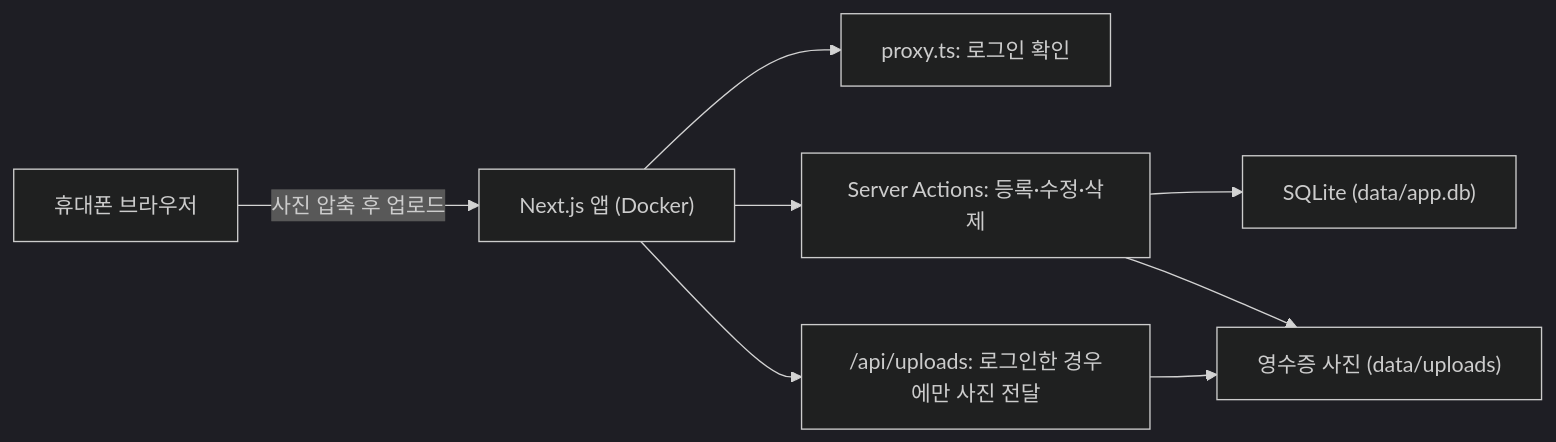
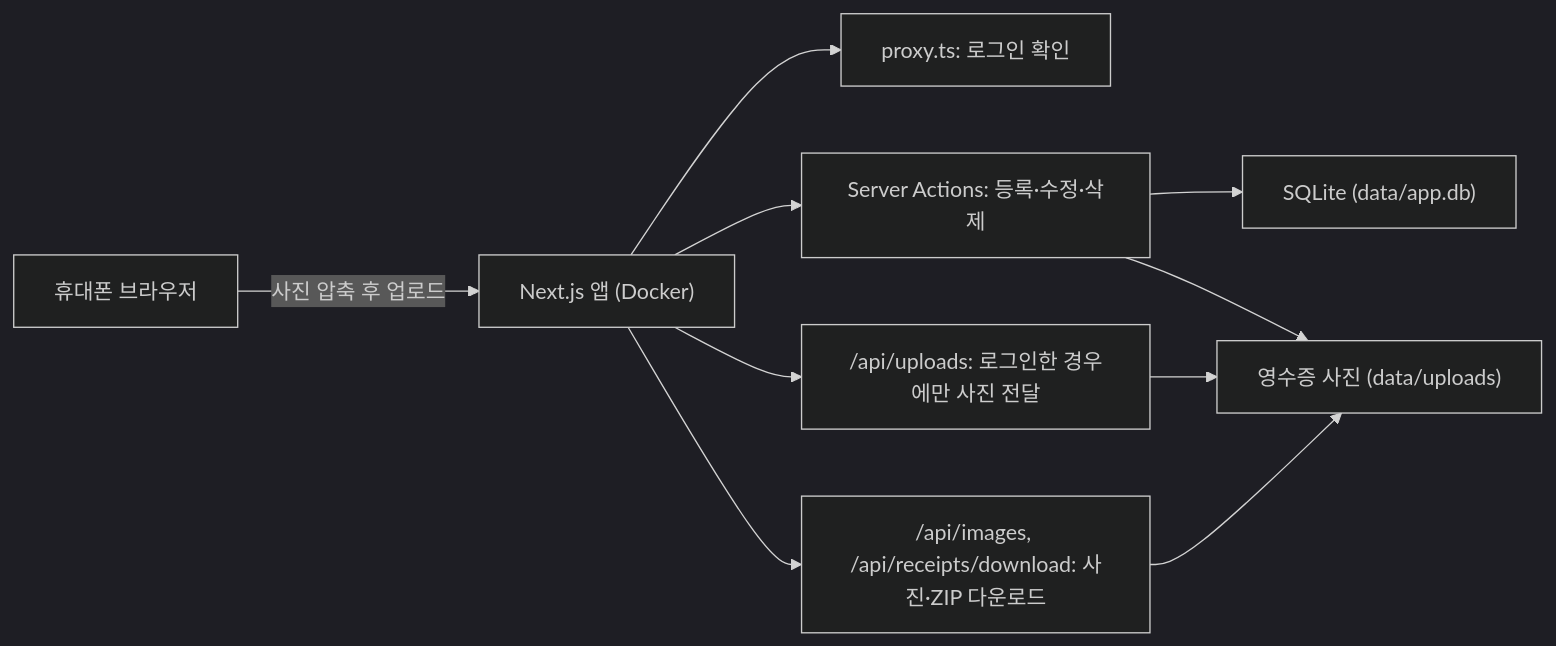
Before and after one commit to ha00h/hospital-receipt-manager: the diagram in README.md, drawn with Mermaid (dark theme). The commit also changed other lines of this file and 3 other files, not shown here.

````diff
--- a/README.md
+++ b/README.md
@@ -39,10 +41,12 @@
 ```mermaid
 flowchart LR
   Phone["휴대폰 브라우저"] -->|"사진 압축 후 업로드"| App["Next.js 앱 (Docker)"]
   App --> Proxy["proxy.ts: 로그인 확인"]
   App --> Actions["Server Actions: 등록·수정·삭제"]
   Actions --> DB["SQLite (data/app.db)"]
   Actions --> Files["영수증 사진 (data/uploads)"]
   App --> ImageRoute["/api/uploads: 로그인한 경우에만 사진 전달"]
   ImageRoute --> Files
+  App --> DownloadRoute["/api/images, /api/receipts/download: 사진·ZIP 다운로드"]
+  DownloadRoute --> Files
 ```
````
